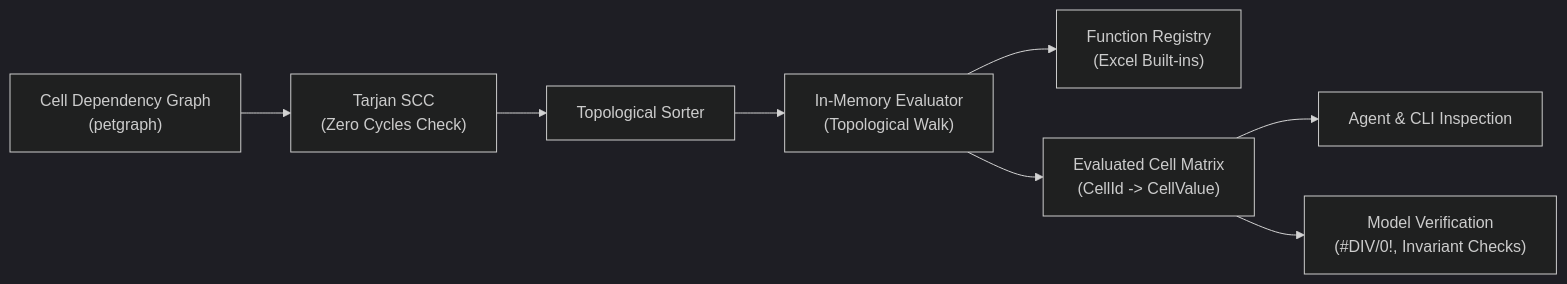
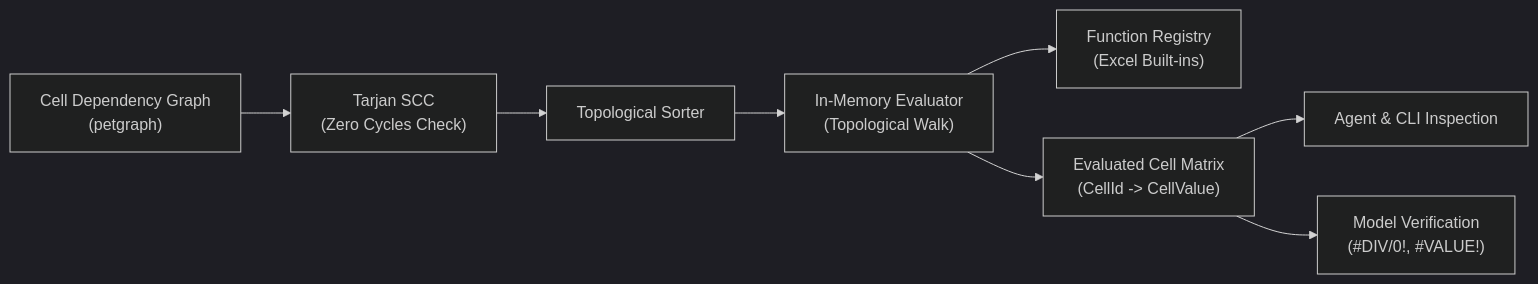
The diagram in docs/compiler/evaluator.md (mhcfa/f8), drawn with Mermaid (dark theme) before and after one commit. The commit also changed other lines of this file and 13 other files, not shown here.

````diff
--- a/docs/compiler/evaluator.md
+++ b/docs/compiler/evaluator.md
@@ -9,10 +9,10 @@
 ```mermaid
 flowchart LR
     A["Cell Dependency Graph\n(petgraph)"] --> B["Tarjan SCC\n(Zero Cycles Check)"]
     B --> C["Topological Sorter"]
     C --> D["In-Memory Evaluator\n(Topological Walk)"]
     D --> E["Function Registry\n(Excel Built-ins)"]
     D --> F["Evaluated Cell Matrix\n(CellId -> CellValue)"]
     F --> G["Agent & CLI Inspection"]
-    F --> H["Model Verification\n(#DIV/0!, Invariant Checks)"]
+    F --> H["Model Verification\n(#DIV/0!, #VALUE!)"]
 ```
````
